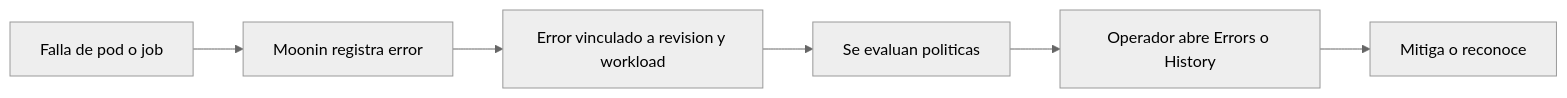
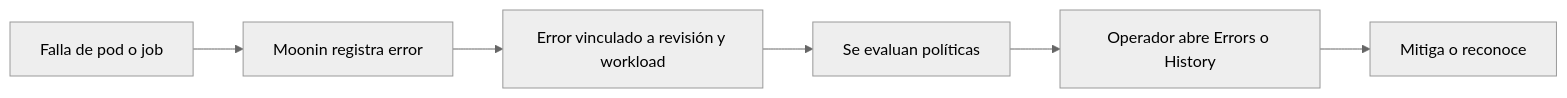
One commit to Moonin-Lab/Moonin-Docs changed the fourth of 5 diagrams in src/content/docs/es/index.md. Above: the diagram before and after it, drawn with Mermaid (neutral theme). The commit also changed other lines of this file and 84 other files, not shown here.

````diff
--- a/src/content/docs/es/index.md
+++ b/src/content/docs/es/index.md
@@ -102,11 +112,11 @@
 ```mermaid
 flowchart LR
     A[Falla de pod o job]
     B[Moonin registra error]
-    C[Error vinculado a revision y workload]
-    D[Se evaluan politicas]
+    C[Error vinculado a revisión y workload]
+    D[Se evaluan políticas]
     E[Operador abre Errors o History]
     F[Mitiga o reconoce]
 
     A --> B --> C --> D --> E --> F
 ```
````
